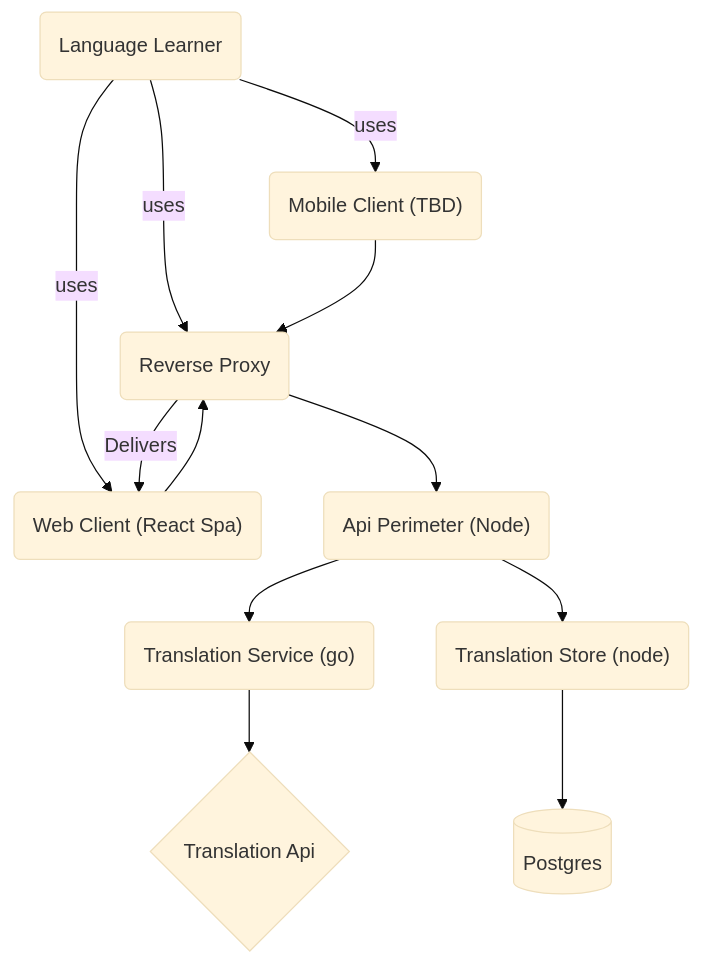
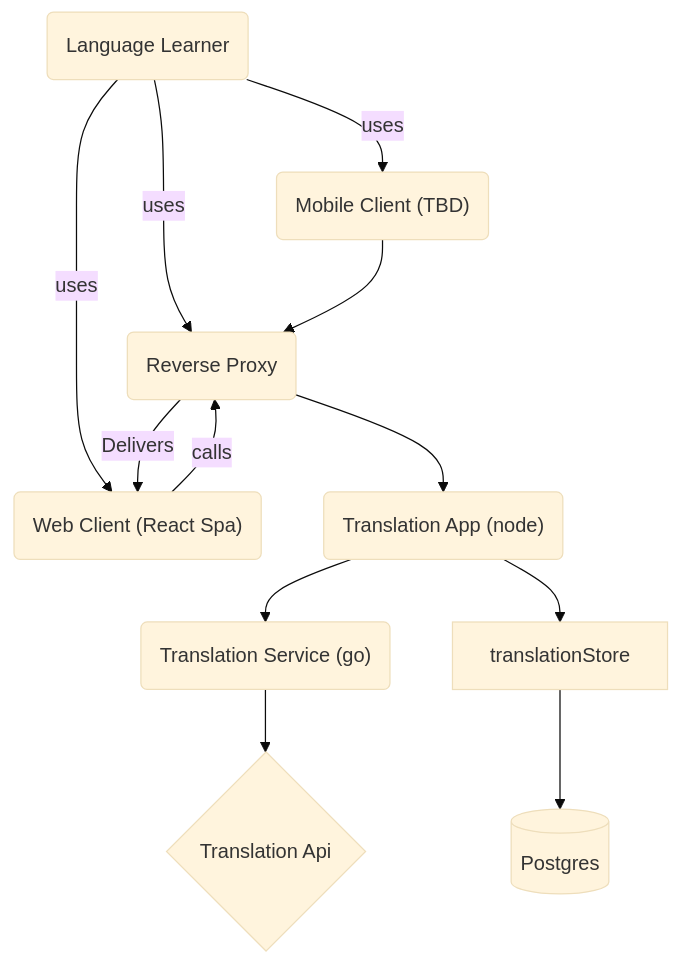
One commit to zws33/language-app changed the diagram in README.md. Above: the diagram before and after it, drawn with Mermaid (base theme). The commit also changed other lines of this file, not shown here.

Commit message:
update the readme system diagram. update read me data definition

````diff
--- a/README.md
+++ b/README.md
@@ -11,30 +11,30 @@
 ```mermaid
 graph TD
     languageLearner(Language Learner)
     reverseProxy(Reverse Proxy)
     webClient("Web Client (React Spa)")
     mobileClient("Mobile Client (TBD)")
-    apiPerimeter("Api Perimeter (Node)")
+    translationApp("Translation App (node)")
+    translationApi{Translation Api}
     translationService("Translation Service (go)")
-    translationStore("Translation Store (node)")
-    translationApi{Translation Api}
+
     postgres[(Postgres)]
     
     languageLearner -->|uses| reverseProxy
     languageLearner -->|uses| webClient
     languageLearner -->|uses| mobileClient
         
-    webClient --> reverseProxy    
+    webClient --> |calls| reverseProxy    
     
     mobileClient --> reverseProxy
     
-    reverseProxy --> apiPerimeter
-    reverseProxy --> |Delivers | webClient    
+    reverseProxy --> translationApp
+    reverseProxy --> |Delivers| webClient    
     
-    apiPerimeter --> translationService
-    apiPerimeter --> translationStore
+    translationApp --> translationService
+    translationApp --> translationStore
     
     translationService --> translationApi
     
     translationStore --> postgres
 ```
````
